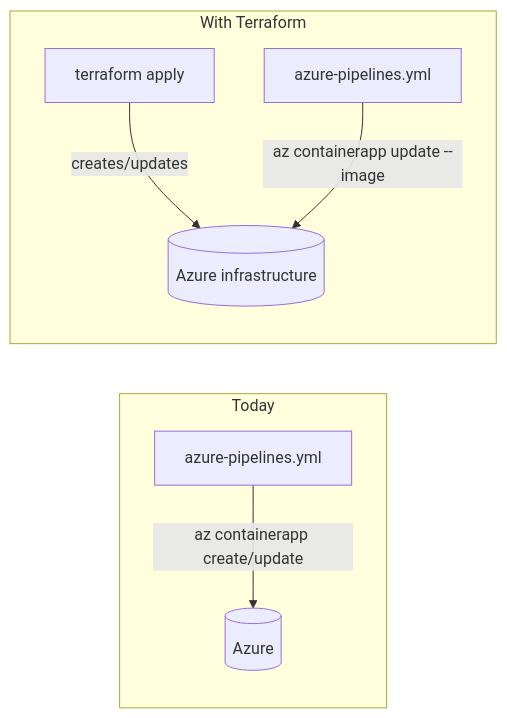
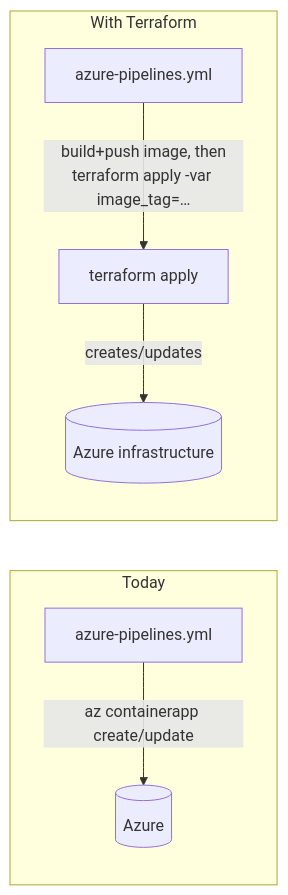
Before and after one commit to RI-Sujon/AI-Powered_E-Commerce_Platform: the first of 3 diagrams in terraform/README.md, drawn with Mermaid. The commit also changed other lines of this file and 17 other files, not shown here.

````diff
--- a/terraform/README.md
+++ b/terraform/README.md
@@ -25,10 +34,10 @@
 ```mermaid
 flowchart LR
     subgraph Today
         A1[azure-pipelines.yml] -->|az containerapp create/update| A2[(Azure)]
     end
     subgraph "With Terraform"
-        B1[terraform apply] -->|creates/updates| B2[(Azure infrastructure)]
-        B3[azure-pipelines.yml] -->|az containerapp update --image| B2
+        B3[azure-pipelines.yml] -->|"build+push image, then<br/>terraform apply -var image_tag=…"| B1[terraform apply]
+        B1 -->|creates/updates| B2[(Azure infrastructure)]
     end
 ```
````
